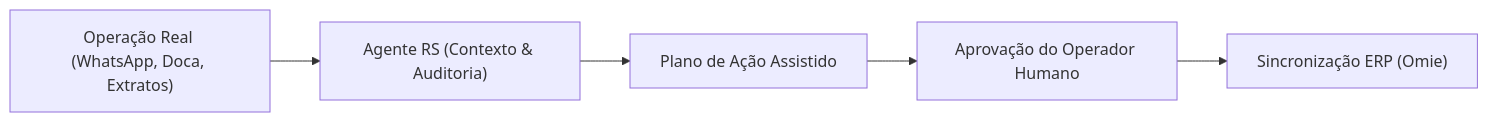
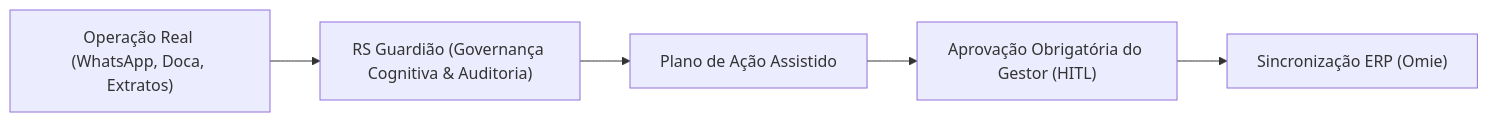
Before and after one commit to symbeon-labs/rsbuild-finance-app: the diagram in docs/AGENTE_RS_SKILL.md, drawn with Mermaid. The commit also changed other lines of this file and 6 other files, not shown here.

````diff
--- a/docs/AGENTE_RS_SKILL.md
+++ b/docs/AGENTE_RS_SKILL.md
@@ -17,7 +18,7 @@
 ```mermaid
 flowchart LR
-    A["Operação Real (WhatsApp, Doca, Extratos)"] --> B["Agente RS (Contexto & Auditoria)"]
+    A["Operação Real (WhatsApp, Doca, Extratos)"] --> B["RS Guardião (Governança Cognitiva & Auditoria)"]
     B --> C["Plano de Ação Assistido"]
-    C --> D["Aprovação do Operador Humano"]
+    C --> D["Aprovação Obrigatória do Gestor (HITL)"]
     D --> E["Sincronização ERP (Omie)"]
 ```
````
